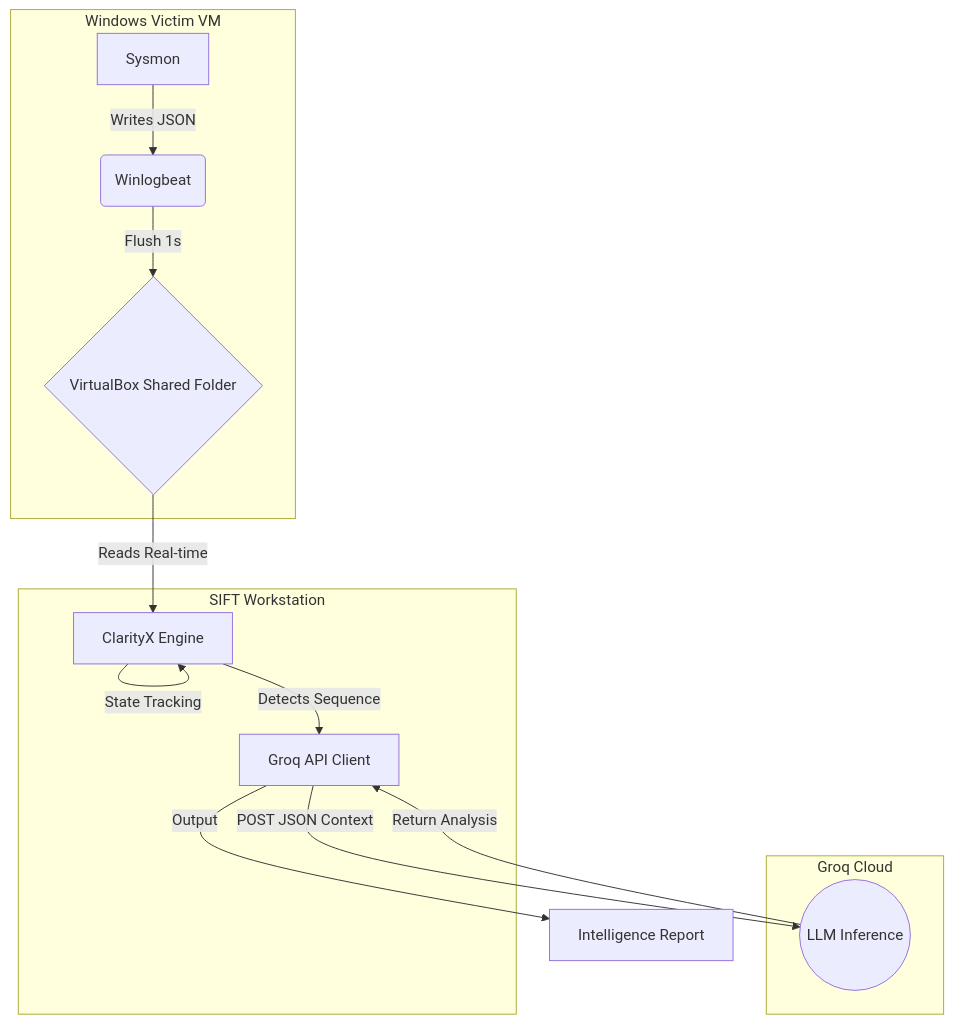
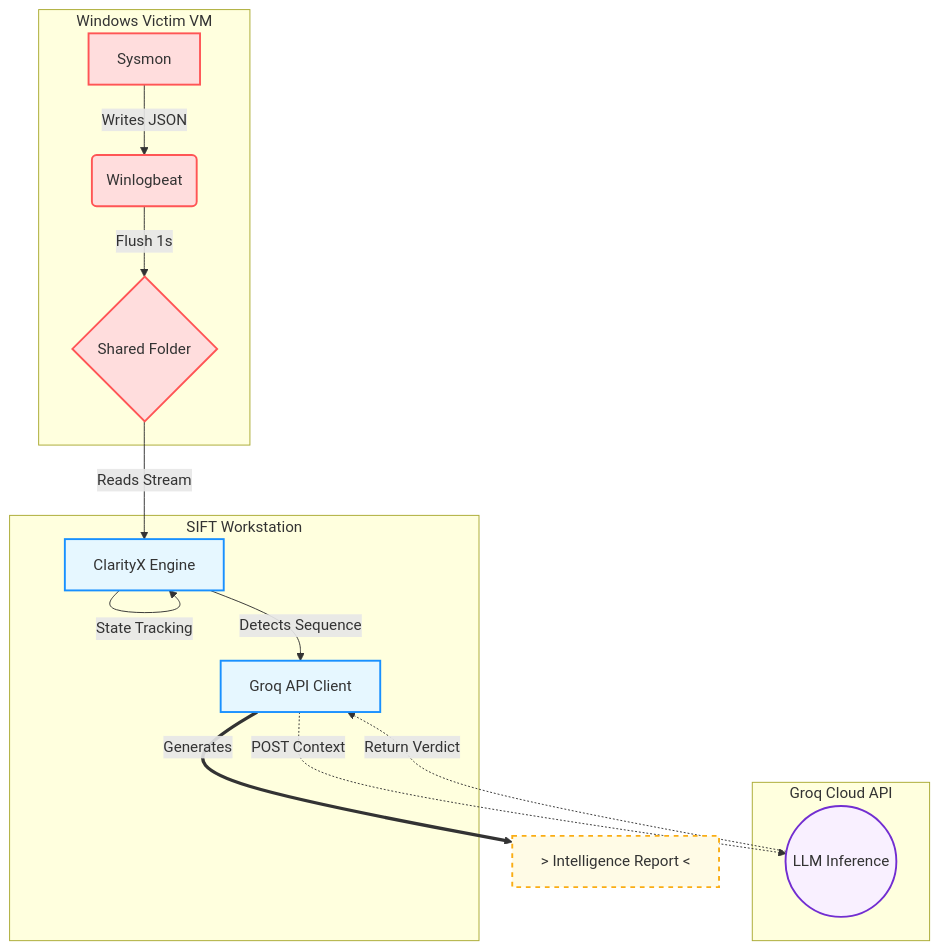
One commit to LohithG2503/Clarity-X changed the diagram in README.md. Above: the diagram before and after it, drawn with Mermaid.

````diff
--- a/README.md
+++ b/README.md
@@ -25,20 +25,35 @@
 ```mermaid
 graph TD
+    %% --- VICTIM ZONE (Red) ---
     subgraph Victim_Environment [Windows Victim VM]
         A[Sysmon] -->|Writes JSON| B(Winlogbeat)
-        B -->|Flush 1s| C{VirtualBox Shared Folder}
+        B -->|Flush 1s| C{Shared Folder}
     end
 
+    %% --- ANALYST ZONE (Blue) ---
     subgraph Analyst_Environment [SIFT Workstation]
-        C -->|Reads Real-time| D[ClarityX Engine]
+        C -->|Reads Stream| D[ClarityX Engine]
         D -->|State Tracking| D
         D -->|Detects Sequence| E[Groq API Client]
     end
 
-    subgraph Cloud_AI [Groq Cloud]
-        E -->|POST JSON Context| F((LLM Inference))
-        F -->|Return Analysis| E
+    %% --- CLOUD ZONE (Purple) ---
+    subgraph Cloud_AI [Groq Cloud API]
+        E -.->|POST Context| F((LLM Inference))
+        F -.->|Return Verdict| E
     end
 
-    E -->|Output| G[Intelligence Report]
+    %% --- OUTPUT ---
+    E ==>|Generates| G[> Intelligence Report <]
+
+    %% --- STYLING ---
+    classDef victim fill:#ffdddd,stroke:#ff5555,stroke-width:2px;
+    classDef analyst fill:#e6f7ff,stroke:#1890ff,stroke-width:2px;
+    classDef cloud fill:#f9f0ff,stroke:#722ed1,stroke-width:2px;
+    classDef output fill:#fffbe6,stroke:#faad14,stroke-width:2px,stroke-dasharray: 5 5;
+
+    class A,B,C victim;
+    class D,E analyst;
+    class F cloud;
+    class G output;
 ```
````
